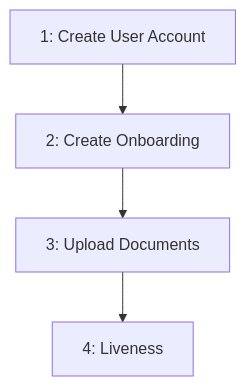
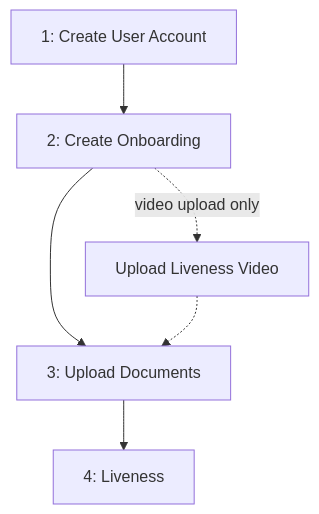
The diagram in docs/baas/guides/natural-person-onboarding.md (coinwise-io/zrobank-doc-api), drawn with Mermaid before and after one commit. The commit also changed other lines of this file and 3 other files, not shown here.

First line of the commit message:
docs: document liveness video upload and method restriction for PF/PJ onboarding

````diff
--- a/docs/baas/guides/natural-person-onboarding.md
+++ b/docs/baas/guides/natural-person-onboarding.md
@@ -12,6 +12,8 @@
 ```mermaid
 graph TD
     A[1: Create User Account] --> B[2: Create Onboarding]
     B --> C[3: Upload Documents]
+    B -. video upload only .-> V[Upload Liveness Video]
+    V -.-> C
     C --> D[4: Liveness]
 ```
````
